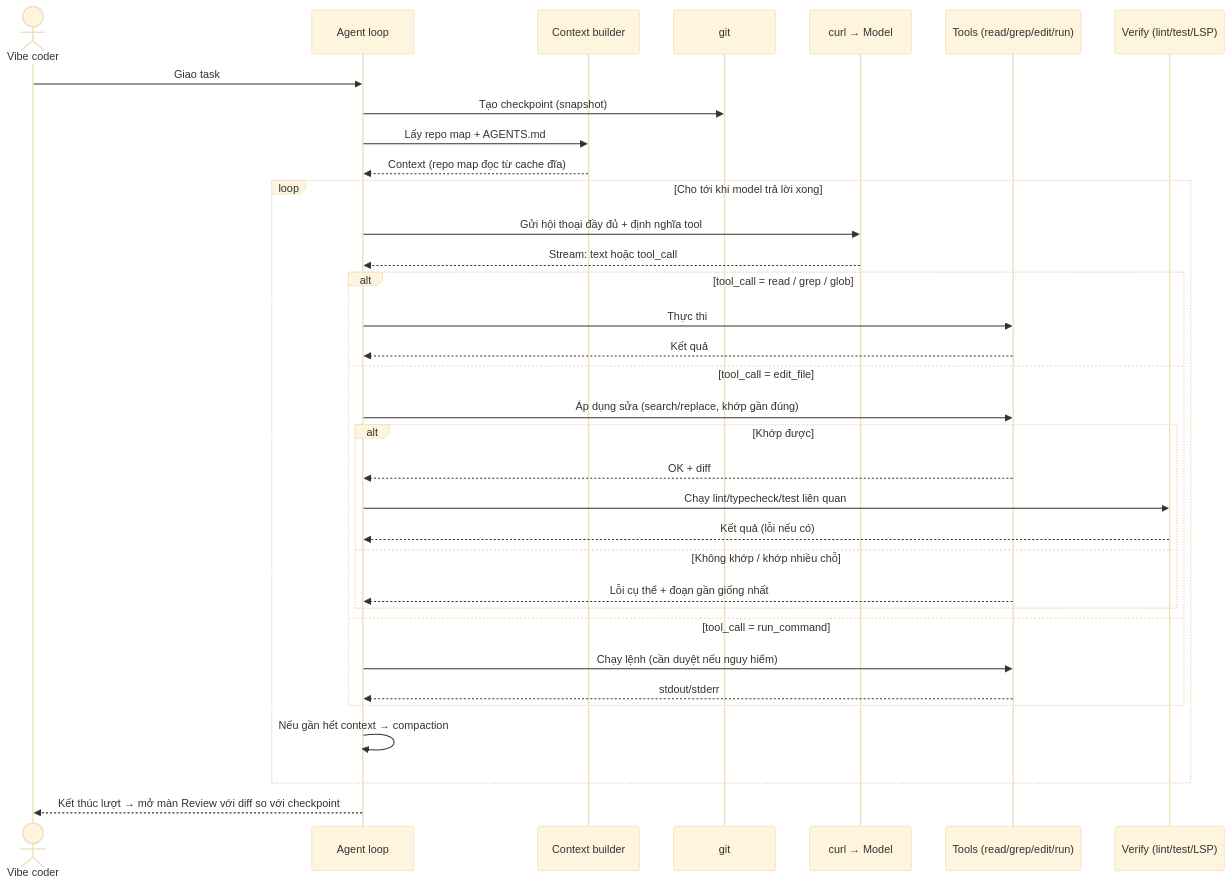
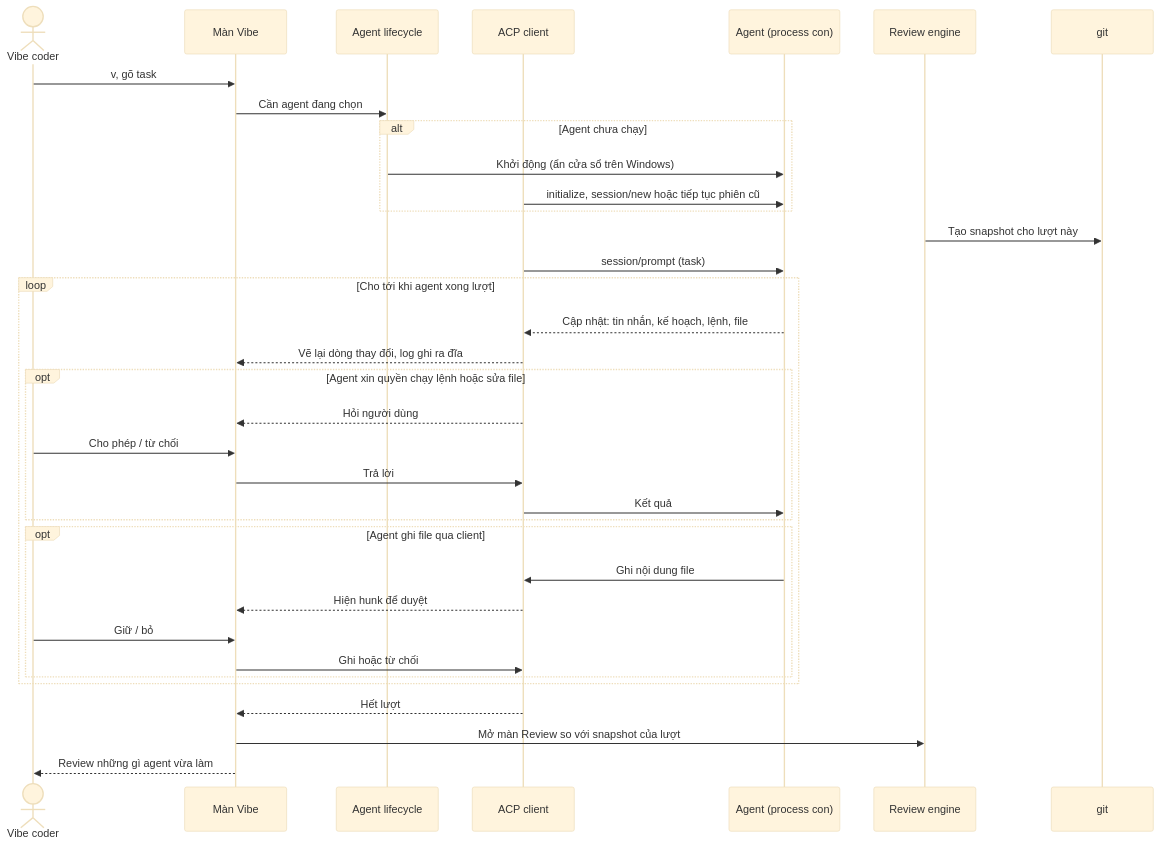
Before and after one commit to lhnhidev/dark: the fourth of 7 diagrams in docs/SEQUENCE.md, drawn with Mermaid (base theme). The commit also changed other lines of this file and 7 other files, not shown here.

Commit message:
docs: redefine product scope and roadmap

````diff
--- a/docs/SEQUENCE.md
+++ b/docs/SEQUENCE.md
@@ -82,37 +90,38 @@
 ```mermaid
 sequenceDiagram
     actor U as Vibe coder
-    participant AG as Agent loop
-    participant CX as Context builder
+    participant UI as Màn Vibe
+    participant LM as Agent lifecycle
+    participant AC as ACP client
+    participant AG as Agent (process con)
+    participant RV as Review engine
     participant G as git
-    participant C as curl → Model
-    participant T as Tools (read/grep/edit/run)
-    participant V as Verify (lint/test/LSP)
 
-    U->>AG: Giao task
-    AG->>G: Tạo checkpoint (snapshot)
-    AG->>CX: Lấy repo map + AGENTS.md
-    CX-->>AG: Context (repo map đọc từ cache đĩa)
-    loop Cho tới khi model trả lời xong
-        AG->>C: Gửi hội thoại đầy đủ + định nghĩa tool
-        C-->>AG: Stream: text hoặc tool_call
-        alt tool_call = read / grep / glob
-            AG->>T: Thực thi
-            T-->>AG: Kết quả
-        else tool_call = edit_file
-            AG->>T: Áp dụng sửa (search/replace, khớp gần đúng)
-            alt Khớp được
-                T-->>AG: OK + diff
-                AG->>V: Chạy lint/typecheck/test liên quan
-                V-->>AG: Kết quả (lỗi nếu có)
-            else Không khớp / khớp nhiều chỗ
-                T-->>AG: Lỗi cụ thể + đoạn gần giống nhất
-            end
-        else tool_call = run_command
-            AG->>T: Chạy lệnh (cần duyệt nếu nguy hiểm)
-            T-->>AG: stdout/stderr
+    U->>UI: v, gõ task
+    UI->>LM: Cần agent đang chọn
+    alt Agent chưa chạy
+        LM->>AG: Khởi động (ẩn cửa sổ trên Windows)
+        AC->>AG: initialize, session/new hoặc tiếp tục phiên cũ
+    end
+    RV->>G: Tạo snapshot cho lượt này
+    AC->>AG: session/prompt (task)
+    loop Cho tới khi agent xong lượt
+        AG-->>AC: Cập nhật: tin nhắn, kế hoạch, lệnh, file
+        AC-->>UI: Vẽ lại dòng thay đổi, log ghi ra đĩa
+        opt Agent xin quyền chạy lệnh hoặc sửa file
+            AC-->>UI: Hỏi người dùng
+            U->>UI: Cho phép / từ chối
+            UI->>AC: Trả lời
+            AC->>AG: Kết quả
         end
-        AG->>AG: Nếu gần hết context → compaction
+        opt Agent ghi file qua client
+            AG->>AC: Ghi nội dung file
+            AC-->>UI: Hiện hunk để duyệt
+            U->>UI: Giữ / bỏ
+            UI->>AC: Ghi hoặc từ chối
+        end
     end
-    AG-->>U: Kết thúc lượt → mở màn Review với diff so với checkpoint
+    AC-->>UI: Hết lượt
+    UI->>RV: Mở màn Review so với snapshot của lượt
+    UI-->>U: Review những gì agent vừa làm
 ```
````
